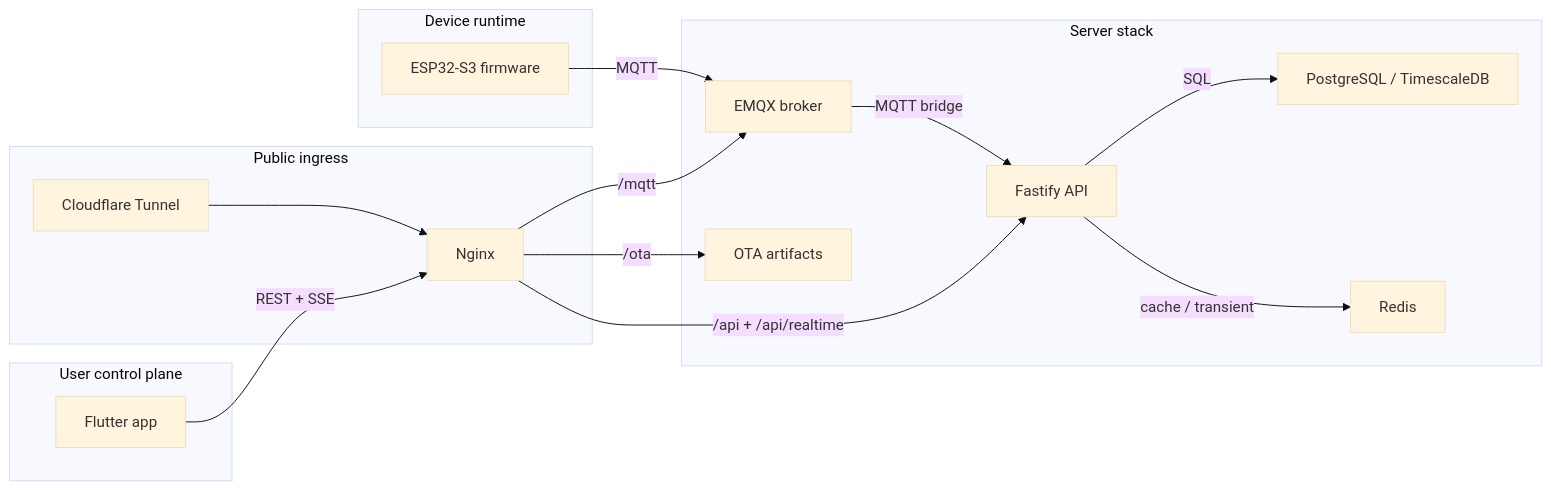
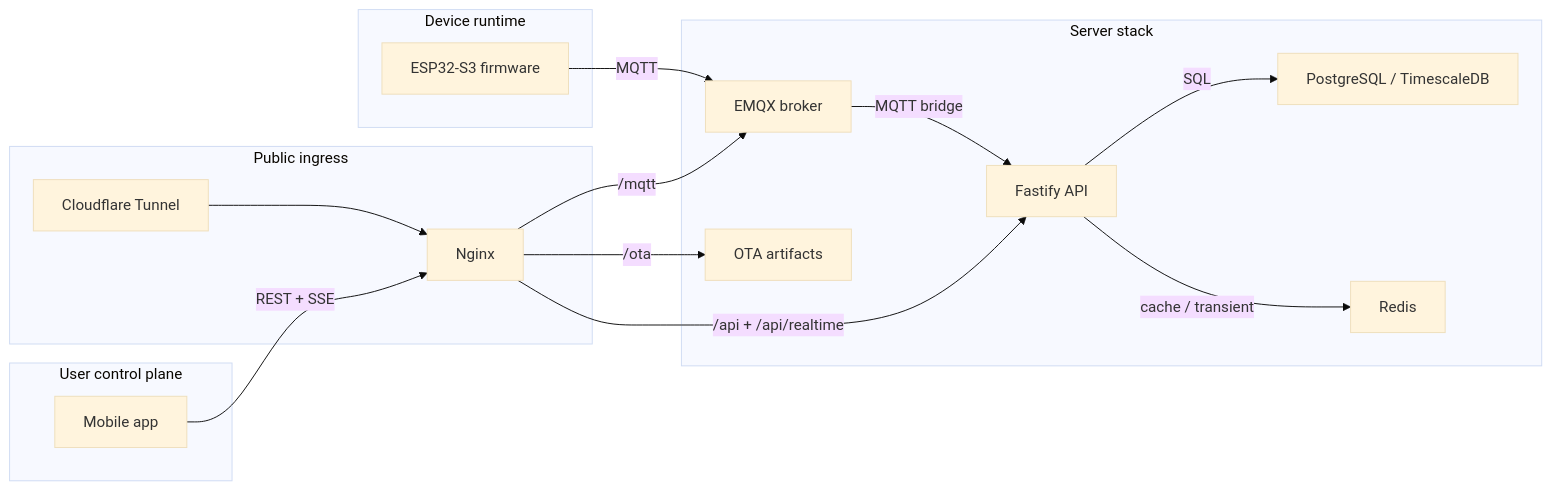
Before and after one commit to meeTeam05/blockchain-iot: the first of 3 diagrams in docs/architecture/ARCHITECTURE.md, drawn with Mermaid (base theme). The commit also changed other lines of this file and 44 other files, not shown here.

````diff
--- a/docs/architecture/ARCHITECTURE.md
+++ b/docs/architecture/ARCHITECTURE.md
@@ -49,31 +49,31 @@
 ```mermaid
 flowchart LR
     subgraph Device["Device runtime"]
         FW["ESP32-S3 firmware"]
     end
 
     subgraph Edge["Public ingress"]
         CF["Cloudflare Tunnel"] --> NGINX["Nginx"]
     end
 
     subgraph Server["Server stack"]
         API["Fastify API"]
         EMQX["EMQX broker"]
         DB["PostgreSQL / TimescaleDB"]
         REDIS["Redis"]
         OTA["OTA artifacts"]
     end
 
     subgraph App["User control plane"]
-        FLUTTER["Flutter app"]
+        MOBILE["Mobile app"]
     end
 
     FW -->|MQTT| EMQX
     EMQX -->|MQTT bridge| API
     API -->|SQL| DB
     API -->|cache / transient| REDIS
     NGINX -->|/api + /api/realtime| API
     NGINX -->|/mqtt| EMQX
     NGINX -->|/ota| OTA
-    FLUTTER -->|REST + SSE| NGINX
+    MOBILE -->|REST + SSE| NGINX
 ```
````
